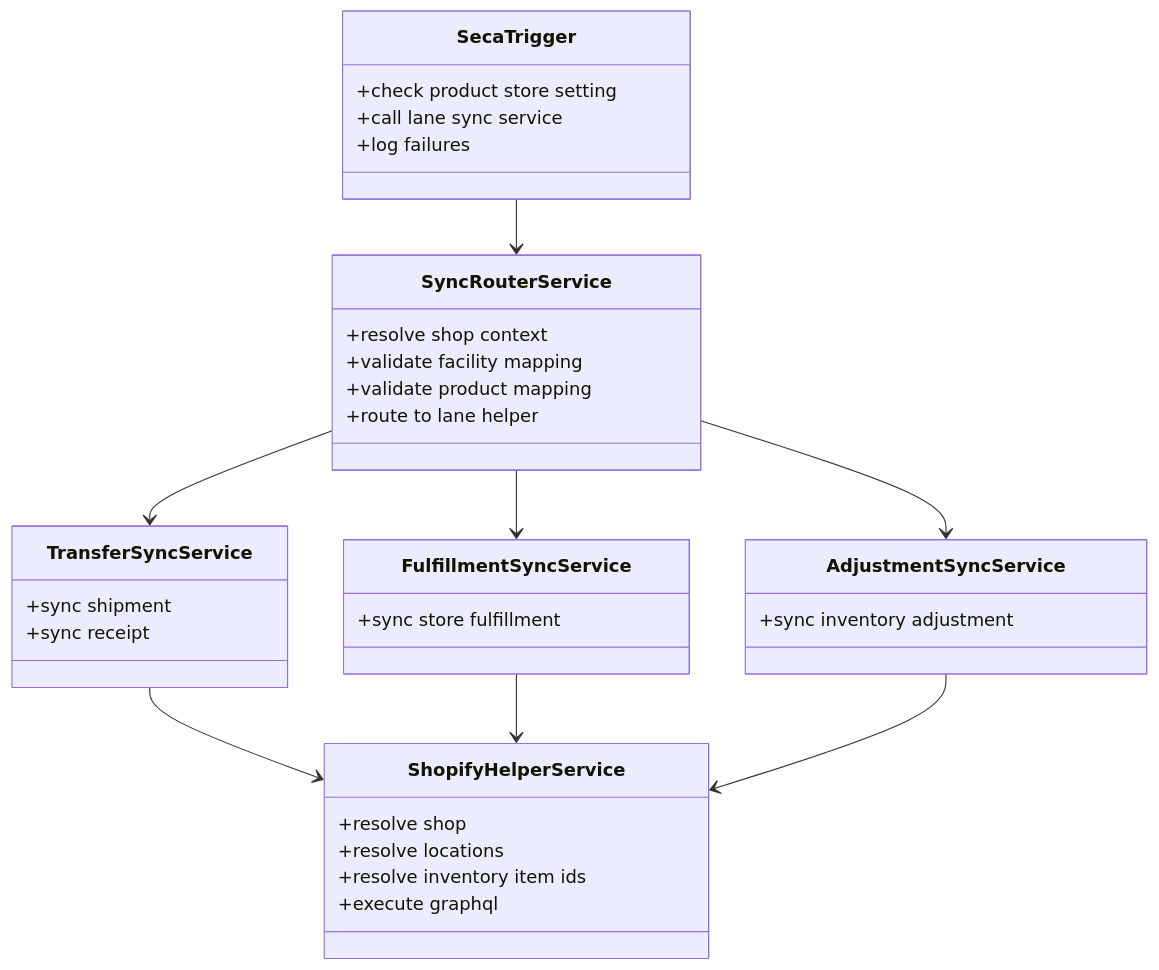
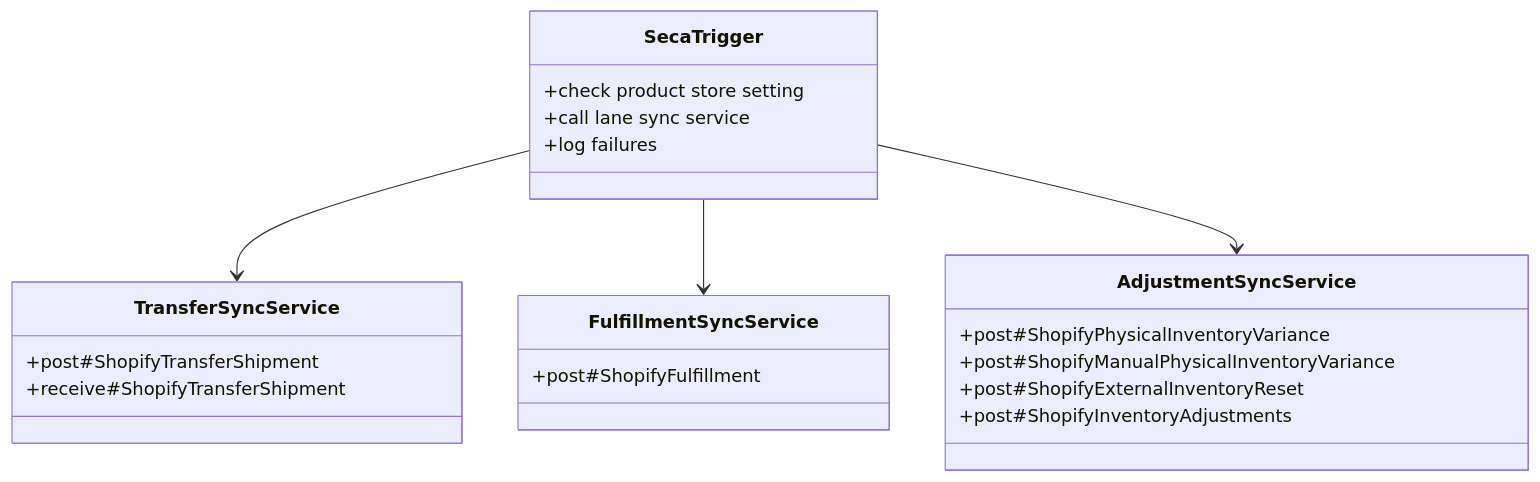
The diagram in project-ideas/shopify-integration/shopify-event-based-inventory-sync-implementation.md (saastechacademy/foundation), drawn with Mermaid before and after one commit. The commit also changed other lines of this file, not shown here.

Commit message:
Update Shopify event-based inventory sync implementation

````diff
--- a/project-ideas/shopify-integration/shopify-event-based-inventory-sync-implementation.md
+++ b/project-ideas/shopify-integration/shopify-event-based-inventory-sync-implementation.md
@@ -34,38 +34,25 @@
 ```mermaid
 classDiagram
     class SecaTrigger {
       +check product store setting
       +call lane sync service
       +log failures
     }
-    class SyncRouterService {
-      +resolve shop context
-      +validate facility mapping
-      +validate product mapping
-      +route to lane helper
-    }
     class TransferSyncService {
-      +sync shipment
-      +sync receipt
+      +post#ShopifyTransferShipment
+      +receive#ShopifyTransferShipment
     }
     class FulfillmentSyncService {
-      +sync store fulfillment
+      +post#ShopifyFulfillment
     }
     class AdjustmentSyncService {
-      +sync inventory adjustment
-    }
-    class ShopifyHelperService {
-      +resolve shop
-      +resolve locations
-      +resolve inventory item ids
-      +execute graphql
+      +post#ShopifyPhysicalInventoryVariance
+      +post#ShopifyManualPhysicalInventoryVariance
+      +post#ShopifyExternalInventoryReset
+      +post#ShopifyInventoryAdjustments
     }
 
-    SecaTrigger --> SyncRouterService
-    SyncRouterService --> TransferSyncService
-    SyncRouterService --> FulfillmentSyncService
-    SyncRouterService --> AdjustmentSyncService
-    TransferSyncService --> ShopifyHelperService
-    FulfillmentSyncService --> ShopifyHelperService
-    AdjustmentSyncService --> ShopifyHelperService
+    SecaTrigger --> TransferSyncService
+    SecaTrigger --> FulfillmentSyncService
+    SecaTrigger --> AdjustmentSyncService
 ```
````
